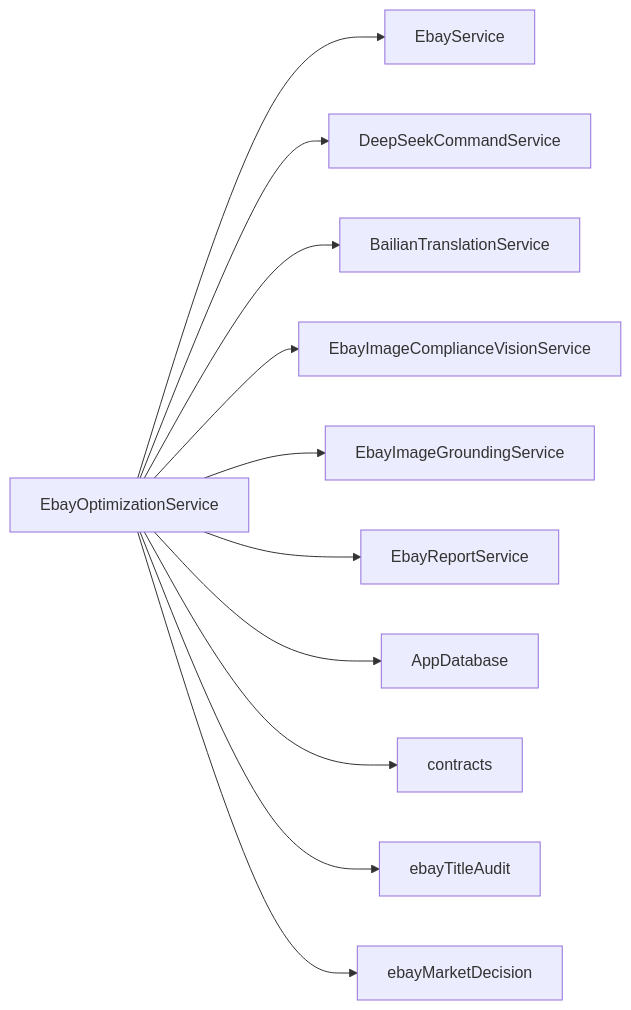
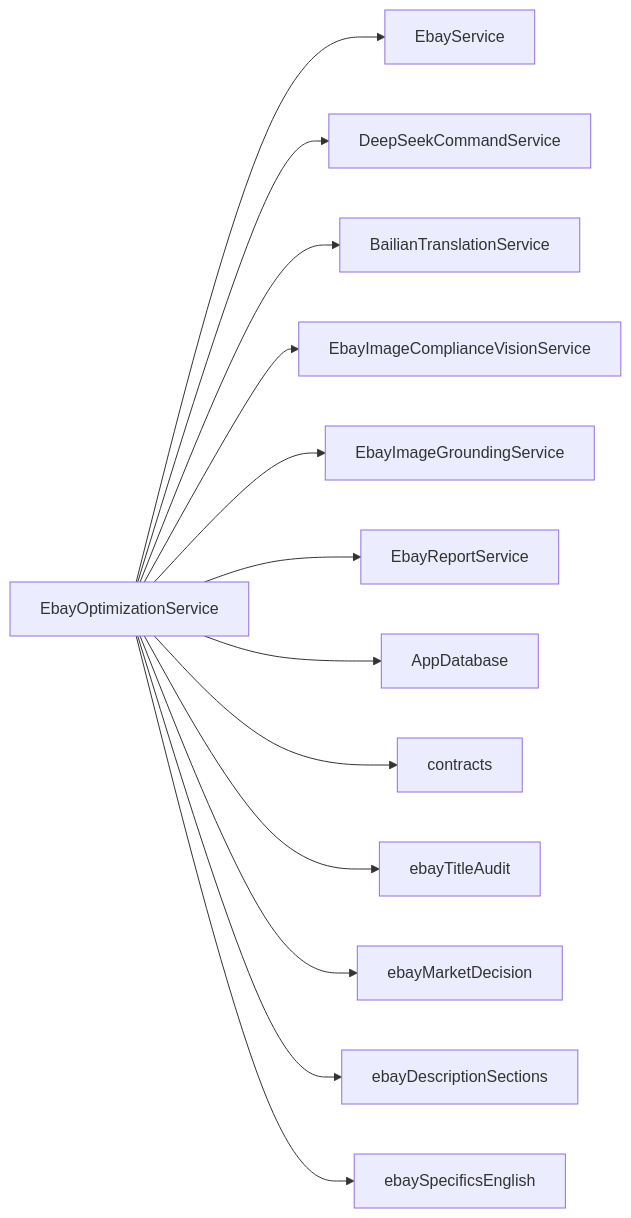
Before and after one commit to iljahofbauer219-lang/yandu: the seventh of 7 diagrams in .qoder/repowiki/zh/content/Ebay功能模块/商品优化服务.md, drawn with Mermaid. The commit also changed other lines of this file and 22 other files, not shown here.

````diff
--- a/.qoder/repowiki/zh/content/Ebay功能模块/商品优化服务.md
+++ b/.qoder/repowiki/zh/content/Ebay功能模块/商品优化服务.md
@@ -282,13 +397,15 @@
 ```mermaid
 graph LR
 Opt["EbayOptimizationService"] --> EB["EbayService"]
 Opt --> DS["DeepSeekCommandService"]
 Opt --> BT["BailianTranslationService"]
 Opt --> VZ["EbayImageComplianceVisionService"]
 Opt --> IG["EbayImageGroundingService"]
 Opt --> RP["EbayReportService"]
 Opt --> DB["AppDatabase"]
 Opt --> CT["contracts"]
 Opt --> TA["ebayTitleAudit"]
 Opt --> MD["ebayMarketDecision"]
+Opt --> EDS["ebayDescriptionSections"]
+Opt --> ESE["ebaySpecificsEnglish"]
 ```
````
